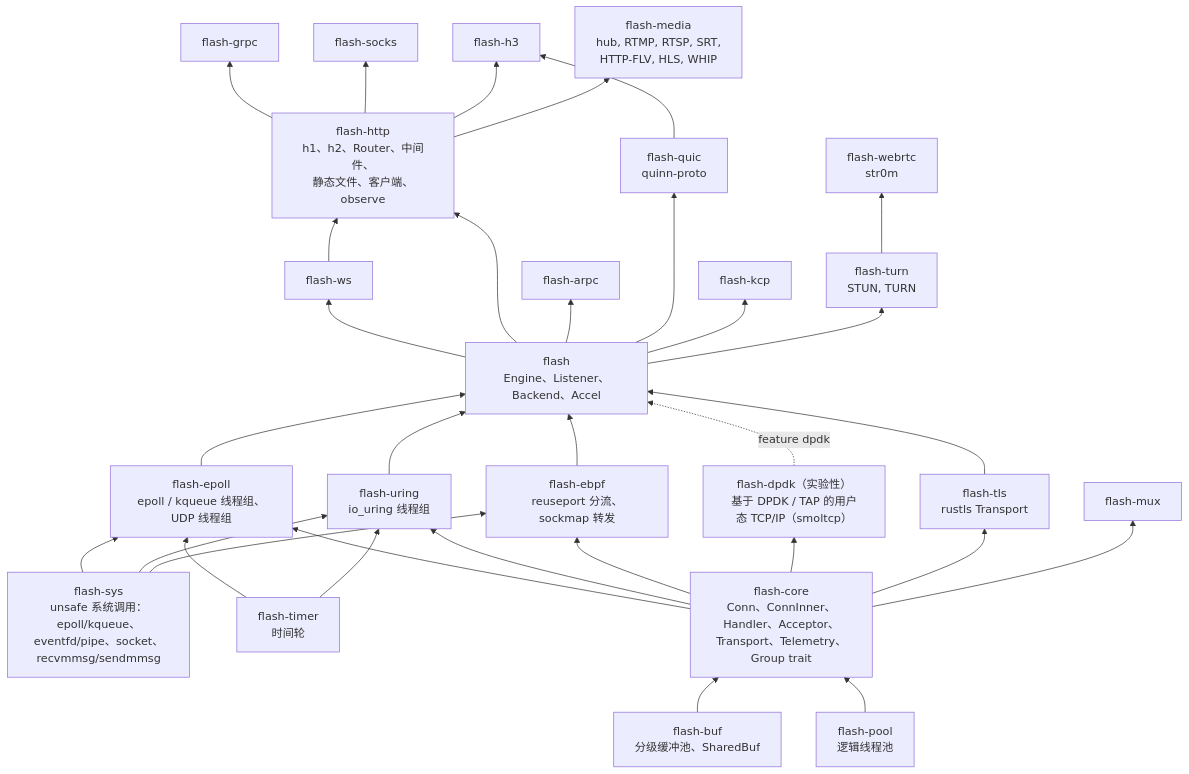
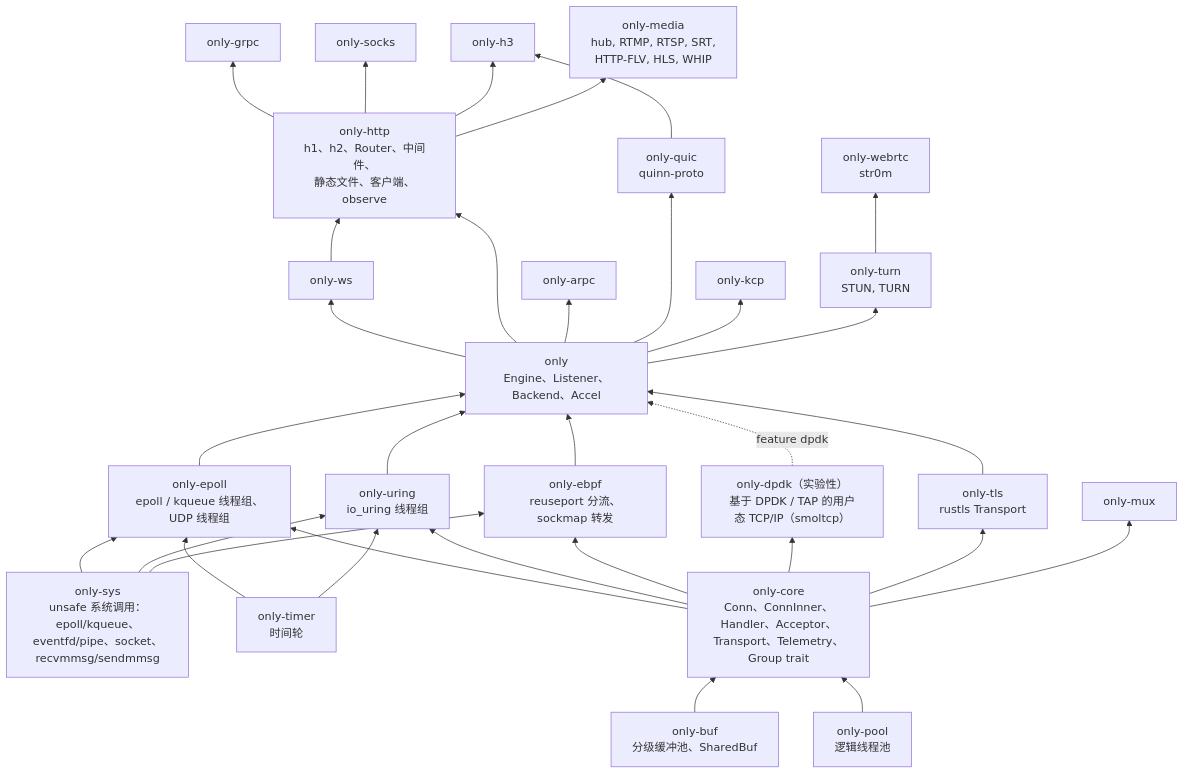
One commit to lesismal/akio changed the first of 6 diagrams in docs/architecture.zh-CN.md. Above: the diagram before and after it, drawn with Mermaid. The commit also changed other lines of this file and 756 other files, not shown here.

First line of the commit message:
refactor!: rename the project from flash to only

````diff
--- a/docs/architecture.zh-CN.md
+++ b/docs/architecture.zh-CN.md
@@ -12,58 +12,58 @@
 ```mermaid
 flowchart BT
-    sys["flash-sys<br/>unsafe 系统调用：epoll/kqueue、<br/>eventfd/pipe、socket、recvmmsg/sendmmsg"]
-    buf["flash-buf<br/>分级缓冲池、SharedBuf"]
-    timer["flash-timer<br/>时间轮"]
-    pool["flash-pool<br/>逻辑线程池"]
-    core["flash-core<br/>Conn、ConnInner、Handler、Acceptor、<br/>Transport、Telemetry、Group trait"]
-    epoll["flash-epoll<br/>epoll / kqueue 线程组、UDP 线程组"]
-    uring["flash-uring<br/>io_uring 线程组"]
-    ebpf["flash-ebpf<br/>reuseport 分流、sockmap 转发"]
-    dpdk["flash-dpdk（实验性）<br/>基于 DPDK / TAP 的用户态 TCP/IP（smoltcp）"]
-    tls["flash-tls<br/>rustls Transport"]
-    facade["flash<br/>Engine、Listener、Backend、Accel"]
-    http["flash-http<br/>h1、h2、Router、中间件、<br/>静态文件、客户端、observe"]
-    ws[flash-ws]
-    grpc[flash-grpc]
-    arpc[flash-arpc]
-    socks[flash-socks]
-    mux[flash-mux]
-    quic["flash-quic<br/>quinn-proto"]
-    h3[flash-h3]
-    kcp[flash-kcp]
-    turn["flash-turn<br/>STUN, TURN"]
-    webrtc["flash-webrtc<br/>str0m"]
-    media["flash-media<br/>hub, RTMP, RTSP, SRT,<br/>HTTP-FLV, HLS, WHIP"]
+    sys["only-sys<br/>unsafe 系统调用：epoll/kqueue、<br/>eventfd/pipe、socket、recvmmsg/sendmmsg"]
+    buf["only-buf<br/>分级缓冲池、SharedBuf"]
+    timer["only-timer<br/>时间轮"]
+    pool["only-pool<br/>逻辑线程池"]
+    core["only-core<br/>Conn、ConnInner、Handler、Acceptor、<br/>Transport、Telemetry、Group trait"]
+    epoll["only-epoll<br/>epoll / kqueue 线程组、UDP 线程组"]
+    uring["only-uring<br/>io_uring 线程组"]
+    ebpf["only-ebpf<br/>reuseport 分流、sockmap 转发"]
+    dpdk["only-dpdk（实验性）<br/>基于 DPDK / TAP 的用户态 TCP/IP（smoltcp）"]
+    tls["only-tls<br/>rustls Transport"]
+    facade["only<br/>Engine、Listener、Backend、Accel"]
+    http["only-http<br/>h1、h2、Router、中间件、<br/>静态文件、客户端、observe"]
+    ws[only-ws]
+    grpc[only-grpc]
+    arpc[only-arpc]
+    socks[only-socks]
+    mux[only-mux]
+    quic["only-quic<br/>quinn-proto"]
+    h3[only-h3]
+    kcp[only-kcp]
+    turn["only-turn<br/>STUN, TURN"]
+    webrtc["only-webrtc<br/>str0m"]
+    media["only-media<br/>hub, RTMP, RTSP, SRT,<br/>HTTP-FLV, HLS, WHIP"]
 
     buf --> core
     pool --> core
     core --> epoll
     sys --> epoll
     timer --> epoll
     core --> uring
     sys --> uring
     timer --> uring
     core --> ebpf
     core --> dpdk
     sys --> ebpf
     core --> tls
     epoll --> facade
     uring --> facade
     ebpf --> facade
     dpdk -.->|feature dpdk| facade
     tls --> facade
     facade --> ws
     facade --> http
     ws --> http
     http --> grpc
     facade --> arpc
     http --> socks
     core --> mux
     facade --> quic
     quic --> h3
     http --> h3
     facade --> kcp
     facade --> turn
     turn --> webrtc
     http --> media
 ```
````
